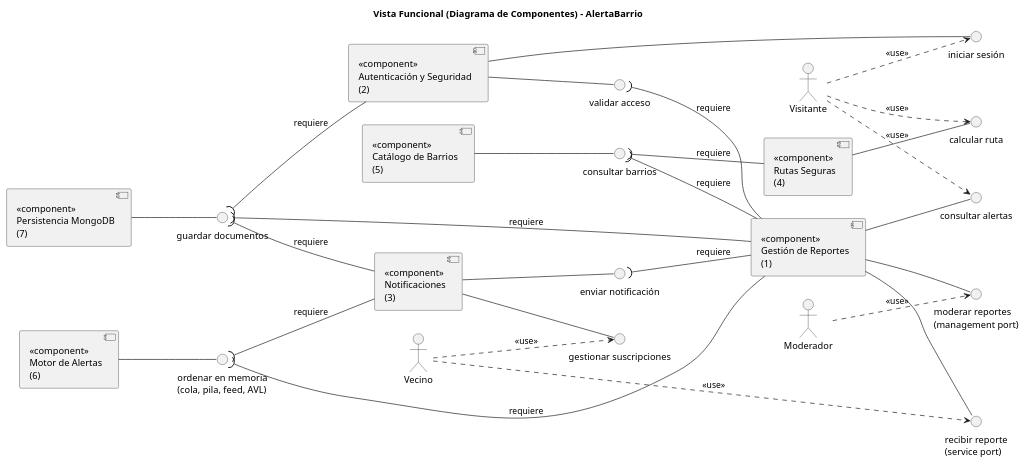
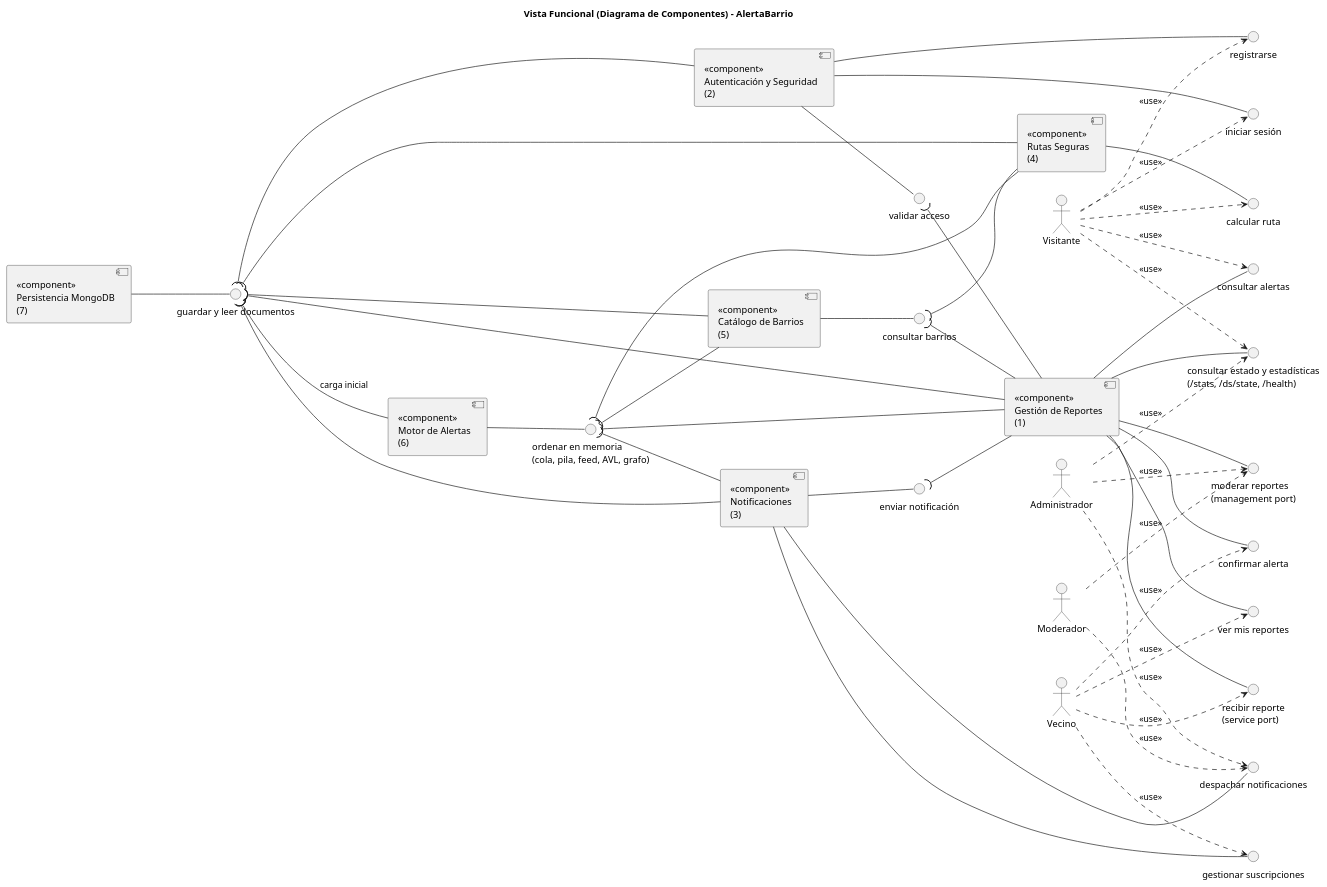
Before and after one commit to neber18/AlertaBarrio-Diseno-de-Software: the diagram in docs/diagramas/2_vista_funcional.puml, drawn with PlantUML. The commit also changed 2 other files, not shown here.

Commit message:
docs: vista funcional con administrador, interfaces nuevas y dependencias del motor

```diff
--- a/docs/diagramas/2_vista_funcional.puml
+++ b/docs/diagramas/2_vista_funcional.puml
@@ -1,58 +1,82 @@
 @startuml Vista_Funcional_AlertaBarrio
 title Vista Funcional (Diagrama de Componentes) - AlertaBarrio
 skinparam componentStyle uml2
 left to right direction
 
 actor Visitante
 actor Vecino
 actor Moderador
+actor Administrador
 
 component "<<component>>\nAutenticación y Seguridad\n(2)" as Auth
 component "<<component>>\nNotificaciones\n(3)" as Notif
 component "<<component>>\nCatálogo de Barrios\n(5)" as Cat
 component "<<component>>\nMotor de Alertas\n(6)" as Eng
 component "<<component>>\nPersistencia MongoDB\n(7)" as Per
 component "<<component>>\nRutas Seguras\n(4)" as Rutas
 component "<<component>>\nGestión de Reportes\n(1)" as Rep
 
+() "registrarse" as A2
 () "iniciar sesión" as A0
 () "validar acceso" as A1
 () "enviar notificación" as N1
 () "gestionar suscripciones" as N2
+() "despachar notificaciones" as N3
 () "consultar barrios" as C1
-() "ordenar en memoria\n(cola, pila, feed, AVL)" as E1
-() "guardar documentos" as P1
+() "ordenar en memoria\n(cola, pila, feed, AVL, grafo)" as E1
+() "guardar y leer documentos" as P1
 () "calcular ruta" as R1
 () "recibir reporte\n(service port)" as S1
 () "consultar alertas" as S2
 () "moderar reportes\n(management port)" as S3
+() "confirmar alerta" as S4
+() "ver mis reportes" as S5
+() "consultar estado y estadísticas\n(/stats, /ds/state, /health)" as S6
 
+Auth -- A2
 Auth -- A0
 Auth -- A1
 Notif -- N1
 Notif -- N2
+Notif -- N3
 Cat -- C1
 Eng -- E1
 Per -- P1
 Rutas -- R1
 Rep -- S1
 Rep -- S2
 Rep -- S3
+Rep -- S4
+Rep -- S5
+Rep -- S6
 
-A1 )-- Rep : requiere
-N1 )-- Rep : requiere
-C1 )-- Rep : requiere
-E1 )-- Rep : requiere
-P1 )-- Rep : requiere
-C1 )-- Rutas : requiere
-E1 )-- Notif : requiere
-P1 )-- Notif : requiere
-P1 )-- Auth : requiere
+A1 )-- Rep
+N1 )-- Rep
+C1 )-- Rep
+E1 )-- Rep
+P1 )-- Rep
+C1 )-- Rutas
+E1 )-- Rutas
+P1 )-- Rutas
+E1 )-- Cat
+P1 )-- Cat
+E1 )-- Notif
+P1 )-- Notif
+P1 )-- Eng : carga inicial
+P1 )-- Auth
 
+Visitante ..> A2 : <<use>>
 Visitante ..> A0 : <<use>>
 Visitante ..> S2 : <<use>>
 Visitante ..> R1 : <<use>>
+Visitante ..> S6 : <<use>>
 Vecino ..> S1 : <<use>>
+Vecino ..> S4 : <<use>>
+Vecino ..> S5 : <<use>>
 Vecino ..> N2 : <<use>>
 Moderador ..> S3 : <<use>>
+Moderador ..> N3 : <<use>>
+Administrador ..> S3 : <<use>>
+Administrador ..> N3 : <<use>>
+Administrador ..> S6 : <<use>>
 @enduml
```
